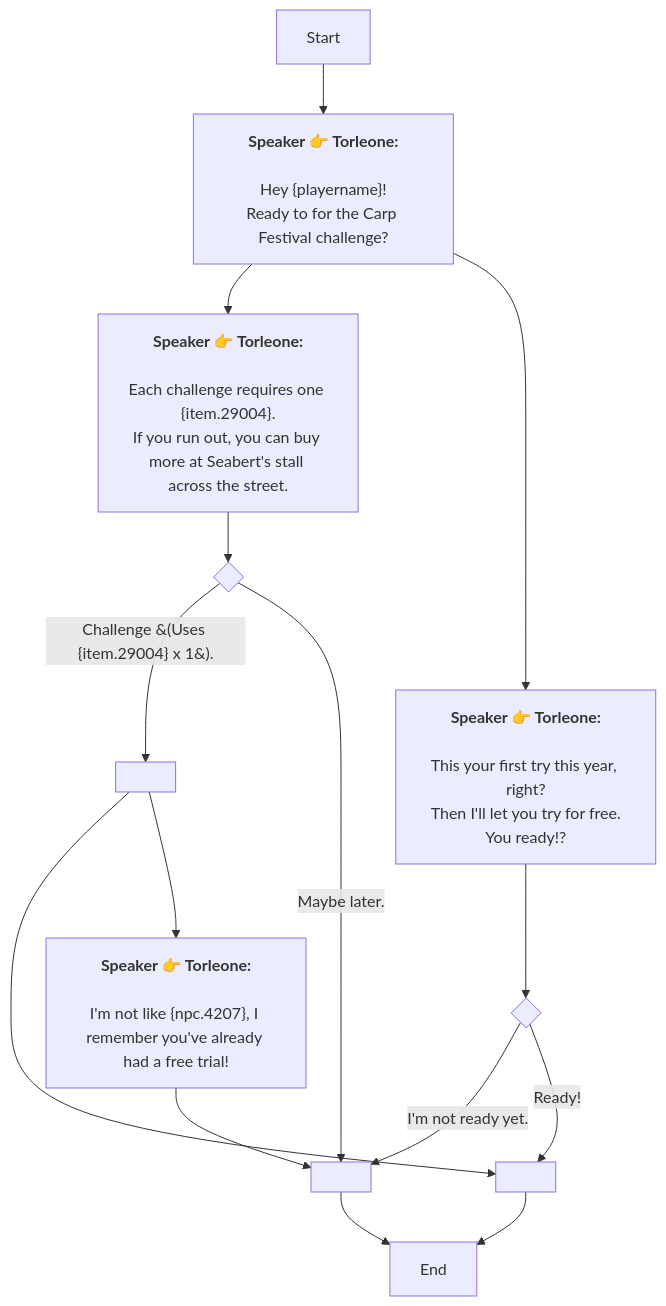
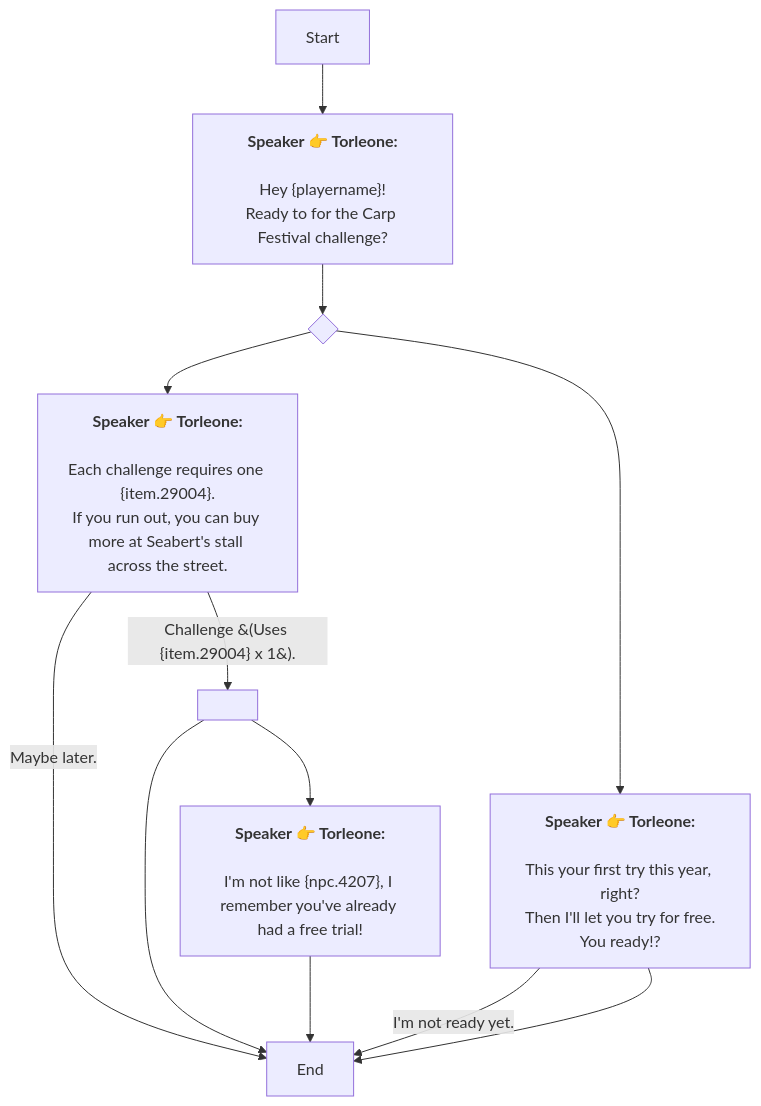
The diagram in En/AddDialogNode_1747827838779673.md (SoftHu/tos_avg), drawn with Mermaid before and after one commit. The commit also changed 737 other files, not shown here.

````diff
--- a/En/AddDialogNode_1747827838779673.md
+++ b/En/AddDialogNode_1747827838779673.md
@@ -1,30 +1,23 @@
 ```mermaid
 graph
 Start -->1747827907015965[<b>Speaker 👉 Torleone:</b>
-
-Hey &lbrace;playername&rbrace;!
+\nHey &lbrace;playername&rbrace;!
 Ready to for the Carp Festival challenge?]
-1747827907015965 -->1752005655631188[<b>Speaker 👉 Torleone:</b>
-
-Each challenge requires one &lbrace;item.29004&rbrace;.
+1747827907015965 -->1752005422132562{ }
+1752005422132562 -->1752005655631188[<b>Speaker 👉 Torleone:</b>
+\nEach challenge requires one &lbrace;item.29004&rbrace;.
 If you run out, you can buy more at Seabert's stall across the street.]
-1747827907015965 -->1752005877835099[<b>Speaker 👉 Torleone:</b>
-
-This your first try this year, right?
+1752005422132562 -->1752005877835099[<b>Speaker 👉 Torleone:</b>
+\nThis your first try this year, right?
 Then I'll let you try for free.
 You ready!?]
-1752005655631188 -->1752005828131157{ }
-1752005828131157 -->|Challenge &#40;Uses &lbrace;item.29004&rbrace; x 1&#41;.|1752005867783514[ ]
-1752005828131157 -->|Maybe later.|1751644294411574[ ]
-1752005867783514 -->1751644280567093{ }
+1752005655631188 -->|Challenge &#40;Uses &lbrace;item.29004&rbrace; x 1&#41;.|1752005867783514[ ]
+1752005655631188 -->|Maybe later.|1747827980024094[End]
 1752005867783514 -->1752006146056546[<b>Speaker 👉 Torleone:</b>
+\nI'm not like &lbrace;npc.4207&rbrace;, I remember you've already had a free trial!]
+1752005867783514 -->1747827980024094[End]
+1752006146056546 -->1747827980024094[End]
+1752005877835099 -->|I'm not ready yet.|1747827980024094[End]
+1752005877835099 -->1747827980024094[End]
 
-I'm not like &lbrace;npc.4207&rbrace;, I remember you've already had a free trial!]
-1751644280567093 -->1747827980024094[End]
-1752006146056546 -->1751644294411574{ }
-1751644294411574 -->1747827980024094[End]
-1752005877835099 -->1752005938413916{ }
-1752005938413916 -->|I'm not ready yet.|1751644294411574[ ]
-1752005938413916 -->|Ready!|1751644280567093[ ]
-
- ```
+```
````
